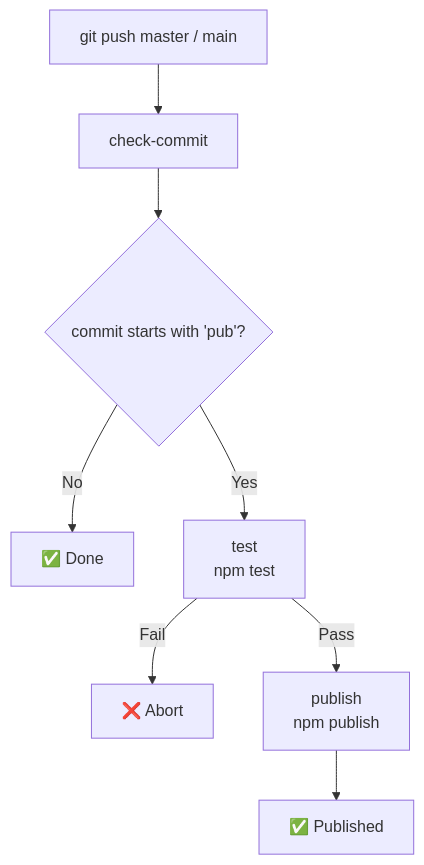
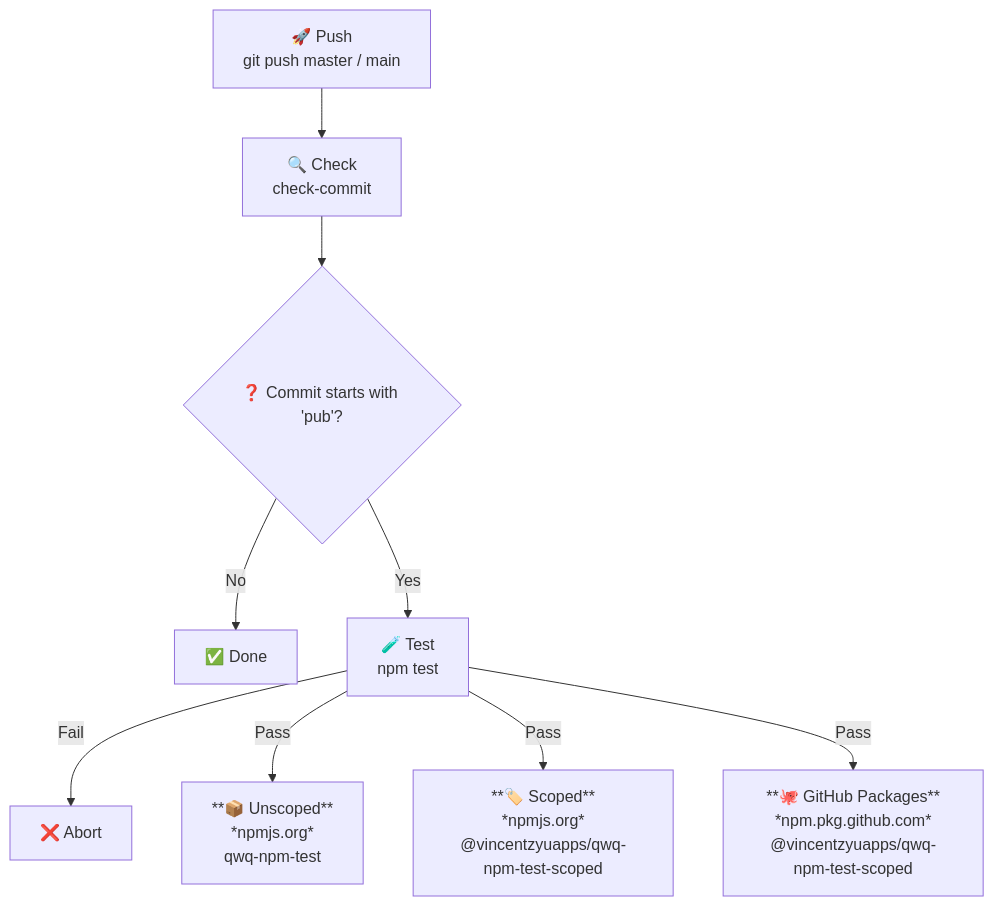
Before and after one commit to VincentZyuApps/qwq-npm-test: the diagram in readme.md, drawn with Mermaid. The commit also changed other lines of this file and 2 other files, not shown here.

````diff
--- a/readme.md
+++ b/readme.md
@@ -76,10 +80,11 @@
 ```mermaid
 flowchart TD
-    Push["git push master / main"] --> Check["check-commit"]
-    Check --> Q{"commit starts with 'pub'?"}
+    Push["🚀 Push<br>git push master / main"] --> Check["🔍 Check<br>check-commit"]
+    Check --> Q{"❓ Commit starts with 'pub'?"}
     Q -->|No| Done1["✅ Done"]
-    Q -->|Yes| Test["test<br>npm test"]
+    Q -->|Yes| Test["🧪 Test<br>npm test"]
     Test -->|Fail| Fail["❌ Abort"]
-    Test -->|Pass| Pub["publish<br>npm publish"]
-    Pub --> Done2["✅ Published"]
+    Test -->|Pass| Pub1["**📦 Unscoped**<br>*npmjs.org*<br>qwq-npm-test"]
+    Test -->|Pass| Pub2["**🏷️ Scoped**<br>*npmjs.org*<br>@vincentzyuapps/qwq-npm-test-scoped"]
+    Test -->|Pass| Pub3["**🐙 GitHub Packages**<br>*npm.pkg.github.com*<br>@vincentzyuapps/qwq-npm-test-scoped"]
 ```
````
